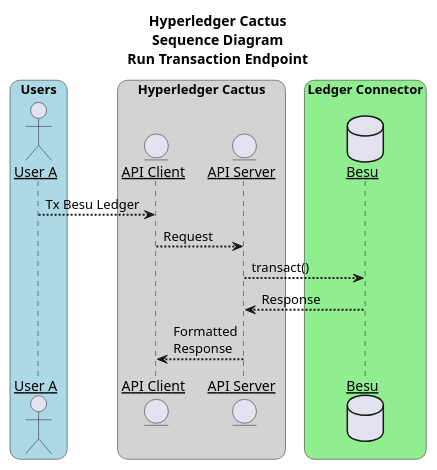
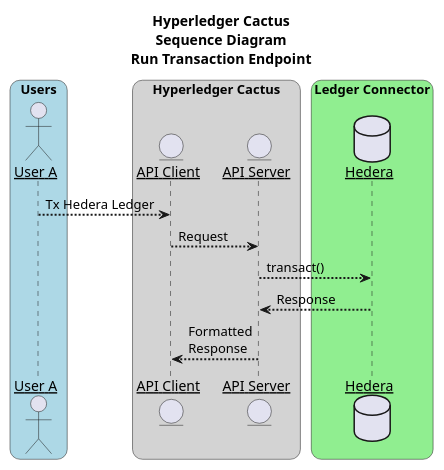
The diagram in packages/cactus-plugin-ledger-connector-hedera/docs/architecture/run-transaction-endpoint.puml (janvinsha/cactus), drawn with PlantUML before and after one commit. The commit also changed 38 other files, not shown here.

Commit message:
fix: clear besu files in cactus-plugin-ledger-connector-hedera

```diff
--- a/packages/cactus-plugin-ledger-connector-hedera/docs/architecture/run-transaction-endpoint.puml
+++ b/packages/cactus-plugin-ledger-connector-hedera/docs/architecture/run-transaction-endpoint.puml
@@ -1,29 +1,29 @@
 @startuml Sequence Diagram - Transaction
 
 title Hyperledger Cactus\nSequence Diagram\nRun Transaction Endpoint
 
 skinparam sequenceArrowThickness 2
 skinparam roundcorner 20
 skinparam maxmessagesize 120
 skinparam sequenceParticipant underline
 
 box "Users" #LightBlue
 actor "User A" as a
 end box
 
 box "Hyperledger Cactus" #LightGray
 entity "API Client" as apic
 entity "API Server" as apis
 end box
 
 box "Ledger Connector" #LightGreen
-database "Besu" as besucon
+database "Hedera" as hederacon
 end box
 
-a --> apic : Tx Besu Ledger
+a --> apic : Tx Hedera Ledger
 apic --> apis: Request
-apis --> besucon: transact()
-besucon --> apis: Response
+apis --> hederacon: transact()
+hederacon --> apis: Response
 apis --> apic: Formatted Response
 
 @enduml
```
